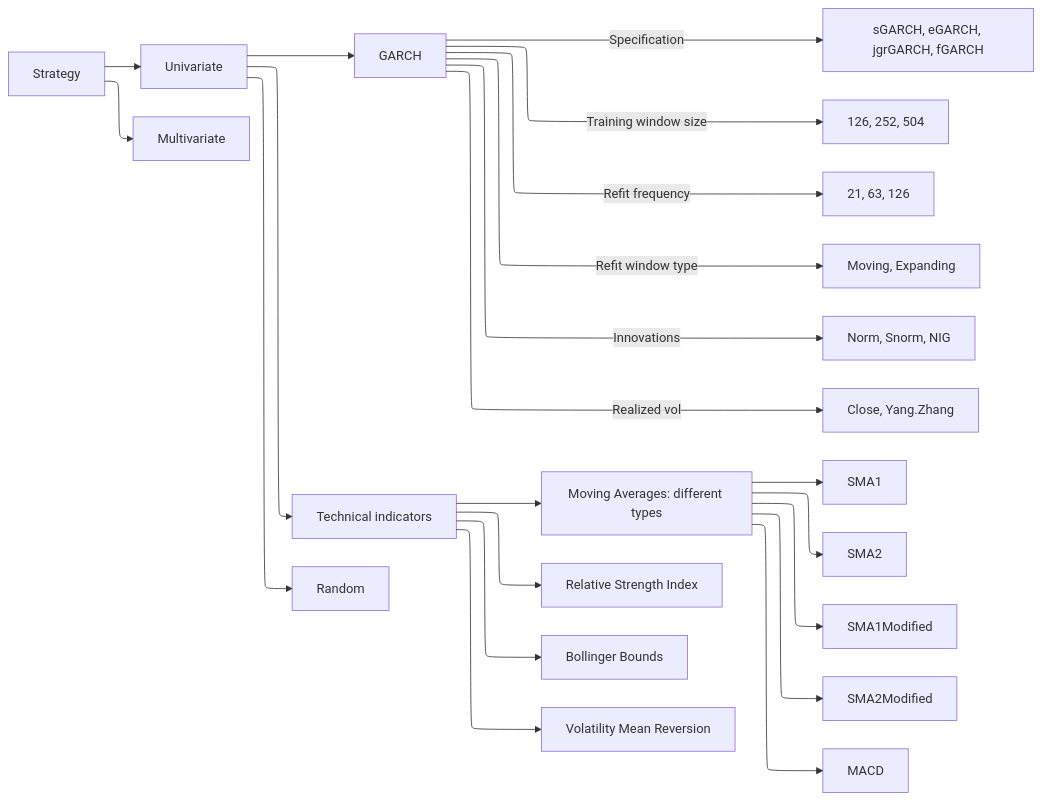
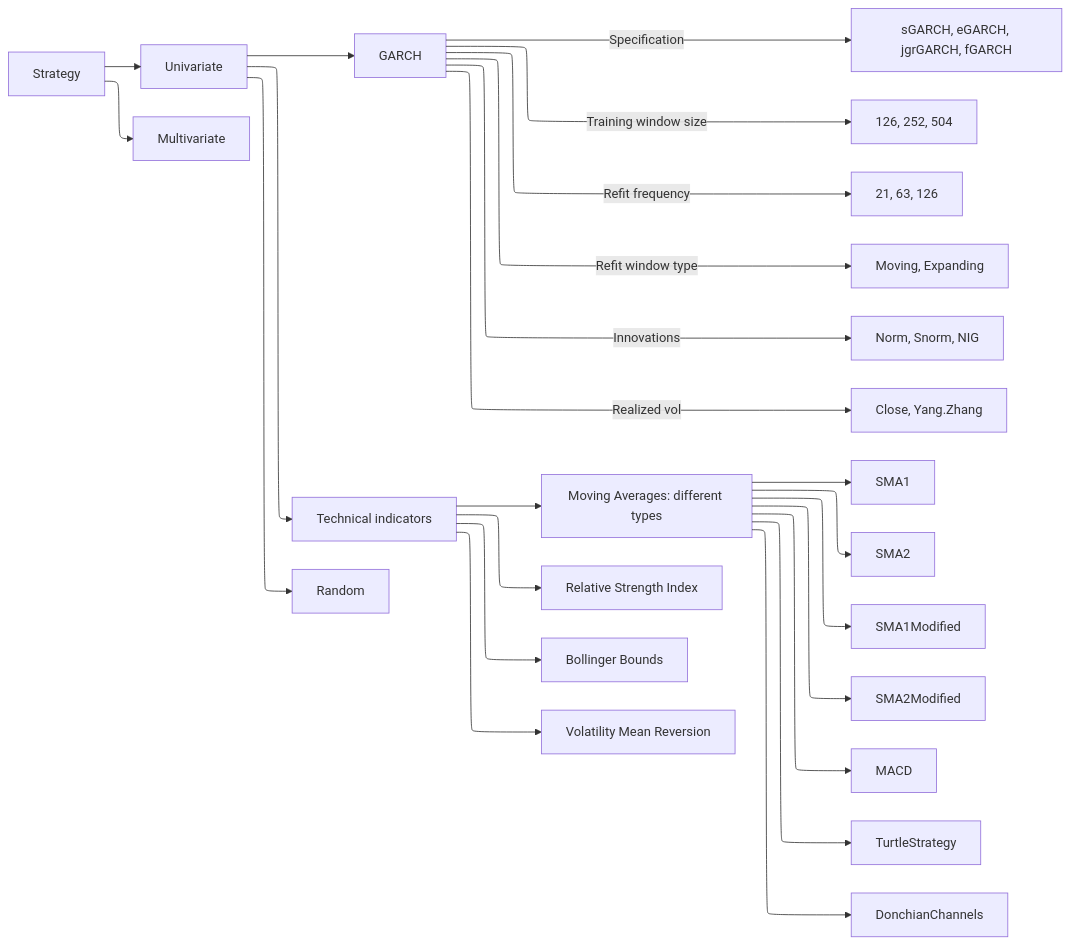
Before and after one commit to kraif999/ATS: the first of 2 diagrams in README.md, drawn with Mermaid. The commit also changed 1 other file, not shown here.

Commit message:
Add DonchianChannel and TurtleTrading classes, also minor updates in Strategy

````diff
--- a/README.md
+++ b/README.md
@@ -11,24 +11,26 @@
 ```mermaid
 %%{init: {"flowchart": {"defaultRenderer": "elk", "nodeWidth": 1000}}}%%
 flowchart LR
     Strategy[Strategy] --> Univariate[Univariate]
     Strategy --> Multivariate[Multivariate]
     Univariate --> GARCH[GARCH]
     GARCH -->|Specification| spec[sGARCH, eGARCH, jgrGARCH, fGARCH]
     GARCH -->|Training window size| training[126, 252, 504]
     GARCH -->|Refit frequency| refit[21, 63, 126]
     GARCH -->|Refit window type| type[Moving, Expanding]
     GARCH -->|Innovations| distr[Norm, Snorm, NIG]
     GARCH -->|Realized vol| rv[Close, Yang.Zhang]
     Univariate --> Tech[Technical indicators]
     Tech --> ma[Moving Averages: different types]
     ma --> SMA1
     ma --> SMA2
     ma --> SMA1Modified
     ma --> SMA2Modified
     ma --> MACD
+    ma --> TurtleStrategy
+    ma --> DonchianChannels
     Tech --> rsi[Relative Strength Index]
     Tech --> bb[Bollinger Bounds]
     Tech --> vol[Volatility Mean Reversion]
     Univariate --> r[Random]
 ```
````
